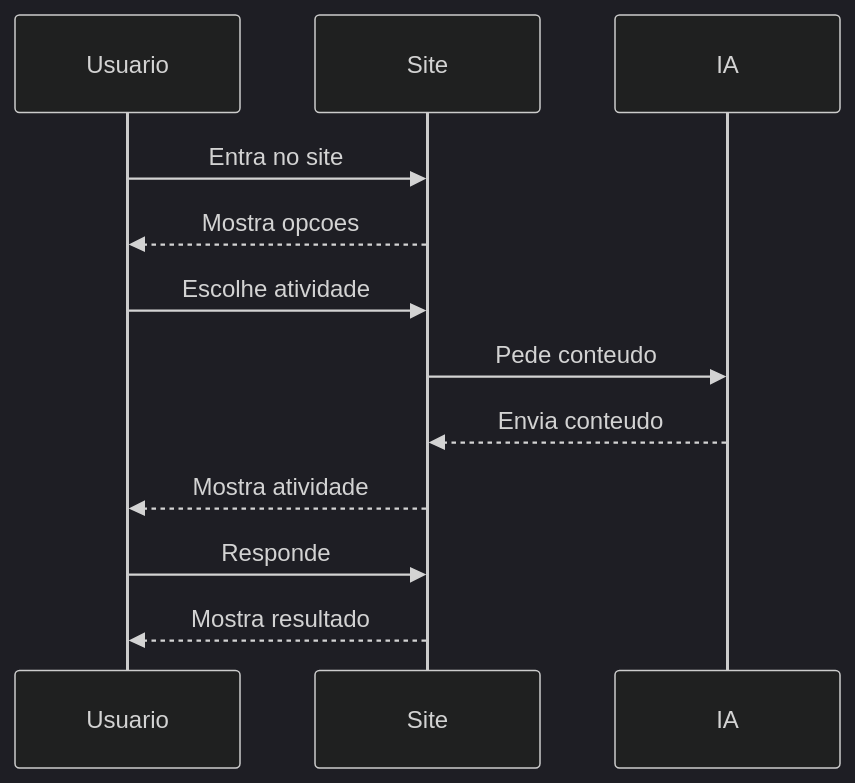
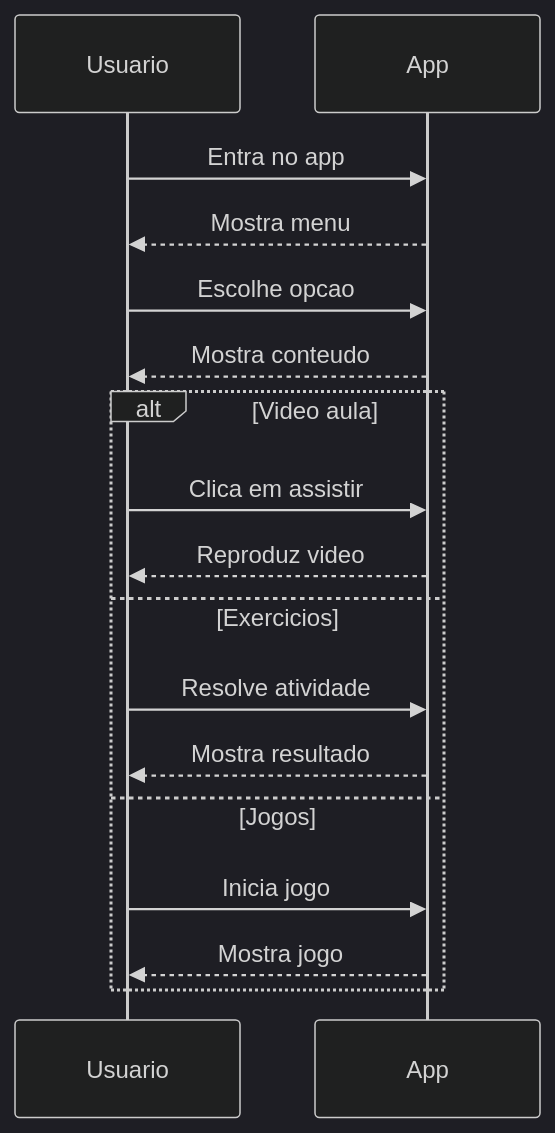
The first of 3 diagrams in README.md (GabrielSouzzza/arnaldo), drawn with Mermaid (dark theme) before and after one commit. The commit also changed other lines of this file, not shown here.

````diff
--- a/README.md
+++ b/README.md
@@ -33,14 +33,19 @@
 ```mermaid
-    sequenceDiagram
-    Usuario->>Site: Entra no site
-    Site-->>Usuario: Mostra opcoes
+sequenceDiagram
+    Usuario->>App: Entra no app
+    App-->>Usuario: Mostra menu
 
-    Usuario->>Site: Escolhe atividade
-    Site->>IA: Pede conteudo
+    Usuario->>App: Escolhe opcao
+    App-->>Usuario: Mostra conteudo
 
-    IA-->>Site: Envia conteudo
-    Site-->>Usuario: Mostra atividade
-
-    Usuario->>Site: Responde
-    Site-->>Usuario: Mostra resultado
+    alt Video aula
+        Usuario->>App: Clica em assistir
+        App-->>Usuario: Reproduz video
+    else Exercicios
+        Usuario->>App: Resolve atividade
+        App-->>Usuario: Mostra resultado
+    else Jogos
+        Usuario->>App: Inicia jogo
+        App-->>Usuario: Mostra jogo
+    end
 ```
````
